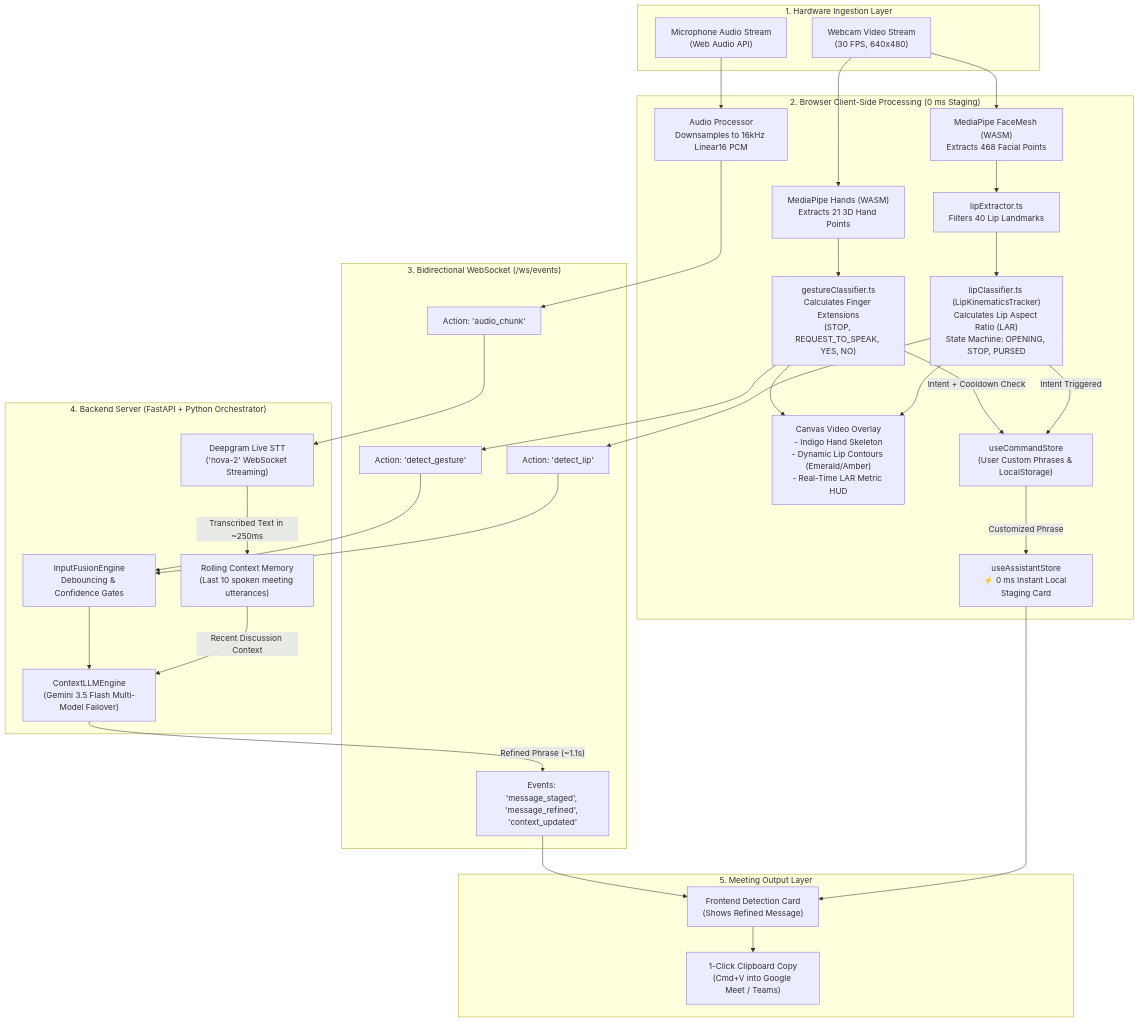
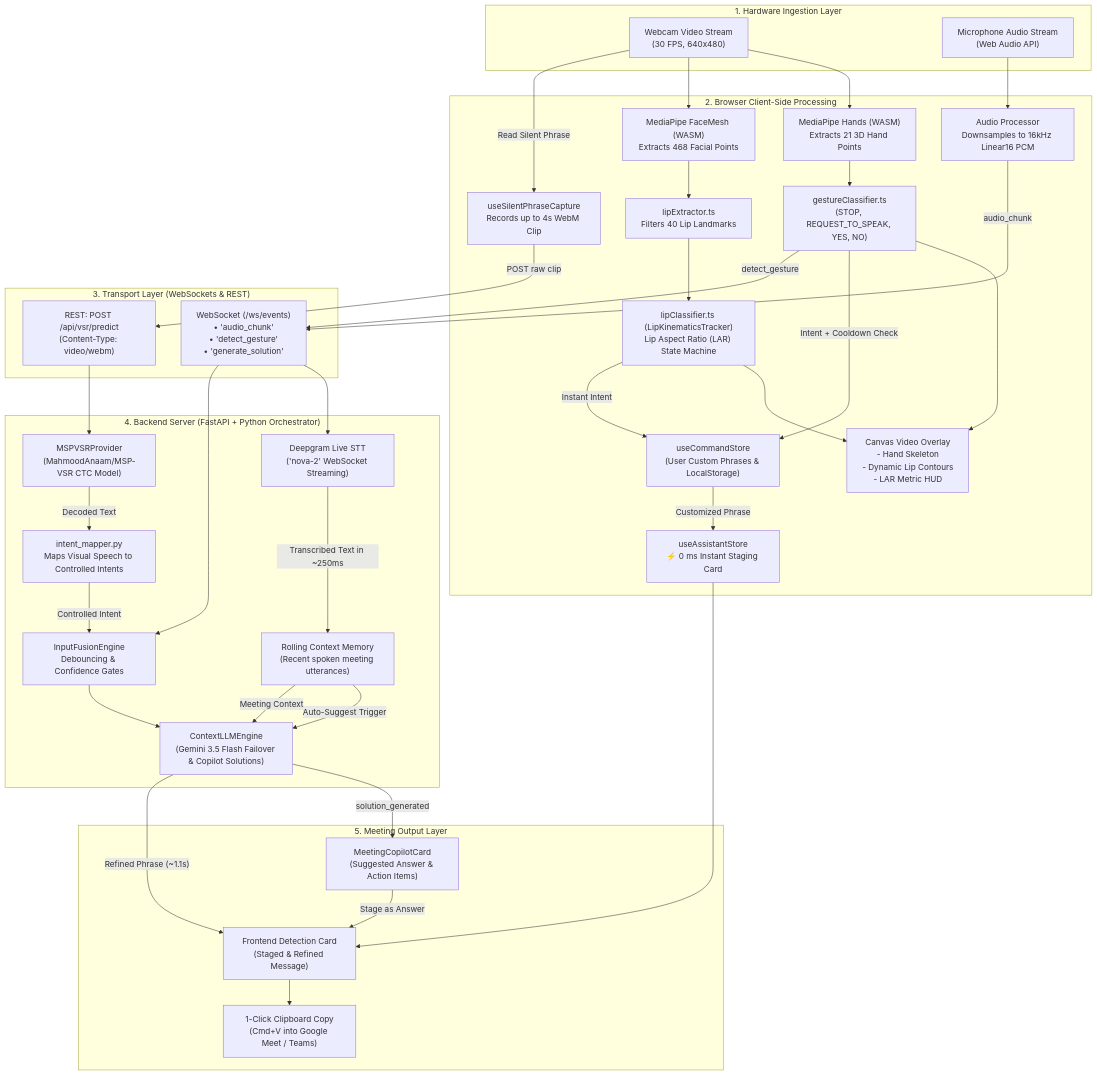
The diagram in README.md (derick1129/silent-meeting-assitant), drawn with Mermaid before and after one commit. The commit also changed other lines of this file and 8 other files, not shown here.

Commit message:
docs: document pretrained VSR model integration, dual-path lip sync, and copilot in README

````diff
--- a/README.md
+++ b/README.md
@@ -31,72 +35,81 @@
 ```mermaid
 flowchart TD
     subgraph Inputs["1. Hardware Ingestion Layer"]
         Webcam["Webcam Video Stream<br/>(30 FPS, 640x480)"]
         Mic["Microphone Audio Stream<br/>(Web Audio API)"]
     end
 
-    subgraph Browser["2. Browser Client-Side Processing (0 ms Staging)"]
+    subgraph Browser["2. Browser Client-Side Processing"]
         WASM_Hands["MediaPipe Hands (WASM)<br/>Extracts 21 3D Hand Points"]
         WASM_Face["MediaPipe FaceMesh (WASM)<br/>Extracts 468 Facial Points"]
         PCM_Conv["Audio Processor<br/>Downsamples to 16kHz Linear16 PCM"]
+        MediaRec["useSilentPhraseCapture<br/>Records up to 4s WebM Clip"]
 
-        Gesture_Class["gestureClassifier.ts<br/>Calculates Finger Extensions<br/>(STOP, REQUEST_TO_SPEAK, YES, NO)"]
+        Gesture_Class["gestureClassifier.ts<br/>(STOP, REQUEST_TO_SPEAK, YES, NO)"]
         Lip_Extractor["lipExtractor.ts<br/>Filters 40 Lip Landmarks"]
-        Lip_Kinematics["lipClassifier.ts (LipKinematicsTracker)<br/>Calculates Lip Aspect Ratio (LAR)<br/>State Machine: OPENING, STOP, PURSED"]
+        Lip_Kinematics["lipClassifier.ts (LipKinematicsTracker)<br/>Lip Aspect Ratio (LAR) State Machine"]
 
-        Canvas_HUD["Canvas Video Overlay<br/>- Indigo Hand Skeleton<br/>- Dynamic Lip Contours (Emerald/Amber)<br/>- Real-Time LAR Metric HUD"]
+        Canvas_HUD["Canvas Video Overlay<br/>- Hand Skeleton<br/>- Dynamic Lip Contours<br/>- LAR Metric HUD"]
         Cmd_Store["useCommandStore<br/>(User Custom Phrases & LocalStorage)"]
-        Local_Staging["useAssistantStore<br/>⚡ 0 ms Instant Local Staging Card"]
+        Local_Staging["useAssistantStore<br/>⚡ 0 ms Instant Staging Card"]
     end
 
-    subgraph Transport["3. Bidirectional WebSocket (/ws/events)"]
-        WS_Audio["Action: 'audio_chunk'"]
-        WS_Gesture["Action: 'detect_gesture'"]
-        WS_Lip["Action: 'detect_lip'"]
-        WS_Out["Events: 'message_staged', 'message_refined', 'context_updated'"]
+    subgraph Transport["3. Transport Layer (WebSockets & REST)"]
+        WS_Events["WebSocket (/ws/events)<br/>• 'audio_chunk'<br/>• 'detect_gesture'<br/>• 'generate_solution'"]
+        REST_VSR["REST: POST /api/vsr/predict<br/>(Content-Type: video/webm)"]
     end
 
     subgraph Backend["4. Backend Server (FastAPI + Python Orchestrator)"]
         Deepgram["Deepgram Live STT<br/>('nova-2' WebSocket Streaming)"]
-        Context_Buffer["Rolling Context Memory<br/>(Last 10 spoken meeting utterances)"]
+        Context_Buffer["Rolling Context Memory<br/>(Recent spoken meeting utterances)"]
         Fusion_Engine["InputFusionEngine<br/>Debouncing & Confidence Gates"]
-        Gemini_LLM["ContextLLMEngine<br/>(Gemini 3.5 Flash Multi-Model Failover)"]
+        VSR_Engine["MSPVSRProvider<br/>(MahmoodAnaam/MSP-VSR CTC Model)"]
+        Intent_Mapper["intent_mapper.py<br/>Maps Visual Speech to Controlled Intents"]
+        Gemini_LLM["ContextLLMEngine<br/>(Gemini 3.5 Flash Failover & Copilot Solutions)"]
     end
 
     subgraph Meeting["5. Meeting Output Layer"]
-        Staged_UI["Frontend Detection Card<br/>(Shows Refined Message)"]
+        Staged_UI["Frontend Detection Card<br/>(Staged & Refined Message)"]
+        Copilot_UI["MeetingCopilotCard<br/>(Suggested Answer & Action Items)"]
         Clipboard["1-Click Clipboard Copy<br/>(Cmd+V into Google Meet / Teams)"]
     end
 
     %% Audio Flow
     Mic --> PCM_Conv
-    PCM_Conv --> WS_Audio
-    WS_Audio --> Deepgram
+    PCM_Conv -->|"audio_chunk"| WS_Events
+    WS_Events --> Deepgram
     Deepgram -->|"Transcribed Text in ~250ms"| Context_Buffer
+    Context_Buffer -->|"Auto-Suggest Trigger"| Gemini_LLM
+    Gemini_LLM -->|"solution_generated"| Copilot_UI
 
     %% Video / Gesture Flow
     Webcam --> WASM_Hands
     WASM_Hands --> Gesture_Class
     Gesture_Class --> Canvas_HUD
     Gesture_Class -->|"Intent + Cooldown Check"| Cmd_Store
     Cmd_Store -->|"Customized Phrase"| Local_Staging
-    Gesture_Class --> WS_Gesture
+    Gesture_Class -->|"detect_gesture"| WS_Events
 
-    %% Video / Lip Flow
+    %% Video / Geometric Lip Flow (0 ms)
     Webcam --> WASM_Face
     WASM_Face --> Lip_Extractor
     Lip_Extractor --> Lip_Kinematics
     Lip_Kinematics --> Canvas_HUD
-    Lip_Kinematics -->|"Intent Triggered"| Cmd_Store
-    Lip_Kinematics --> WS_Lip
+    Lip_Kinematics -->|"Instant Intent"| Cmd_Store
 
-    %% Backend Fusion & Contextualization
-    WS_Gesture --> Fusion_Engine
-    WS_Lip --> Fusion_Engine
+    %% Pretrained VSR Deep Learning Flow
+    Webcam -->|"Read Silent Phrase"| MediaRec
+    MediaRec -->|"POST raw clip"| REST_VSR
+    REST_VSR --> VSR_Engine
+    VSR_Engine -->|"Decoded Text"| Intent_Mapper
+    Intent_Mapper -->|"Controlled Intent"| Fusion_Engine
+
+    %% Backend Fusion & Refinement
+    WS_Events --> Fusion_Engine
     Fusion_Engine --> Gemini_LLM
-    Context_Buffer -->|"Recent Discussion Context"| Gemini_LLM
-    Gemini_LLM -->|"Refined Phrase (~1.1s)"| WS_Out
-    WS_Out --> Staged_UI
+    Context_Buffer -->|"Meeting Context"| Gemini_LLM
+    Gemini_LLM -->|"Refined Phrase (~1.1s)"| Staged_UI
     Local_Staging --> Staged_UI
     Staged_UI --> Clipboard
+    Copilot_UI -->|"Stage as Answer"| Staged_UI
 ```
````
